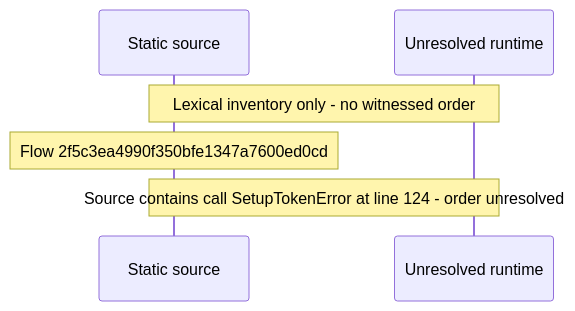
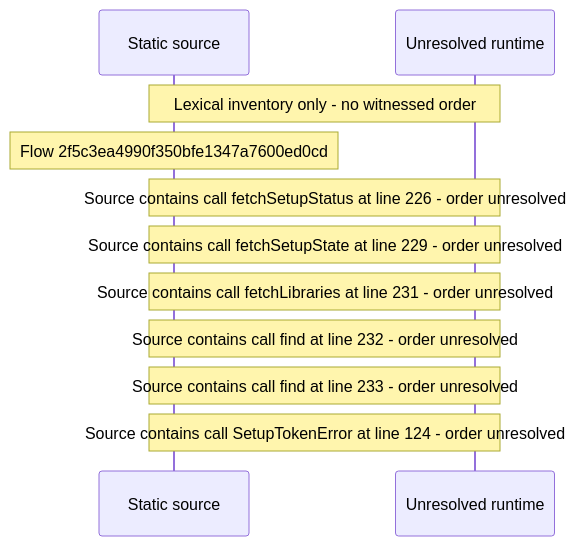
Before and after one commit to beamfall/core: the diagram in docs/web/flows/generated/2f5c3ea4990f350bfe1347a7600ed0cd/flow-diagram.md, drawn with Mermaid. The commit also changed other lines of this file and 699 other files, not shown here.

Commit message:
Regenerate the web flow record with flow generator version 5

````diff
--- a/docs/web/flows/generated/2f5c3ea4990f350bfe1347a7600ed0cd/flow-diagram.md
+++ b/docs/web/flows/generated/2f5c3ea4990f350bfe1347a7600ed0cd/flow-diagram.md
@@ -10,8 +10,13 @@
 ```mermaid
 sequenceDiagram
     participant S as Static source
     participant U as Unresolved runtime
     Note over S,U: Lexical inventory only - no witnessed order
     Note over S: Flow 2f5c3ea4990f350bfe1347a7600ed0cd
+    Note over S,U: Source contains call fetchSetupStatus at line 226 - order unresolved
+    Note over S,U: Source contains call fetchSetupState at line 229 - order unresolved
+    Note over S,U: Source contains call fetchLibraries at line 231 - order unresolved
+    Note over S,U: Source contains call find at line 232 - order unresolved
+    Note over S,U: Source contains call find at line 233 - order unresolved
     Note over S,U: Source contains call SetupTokenError at line 124 - order unresolved
 ```
````
